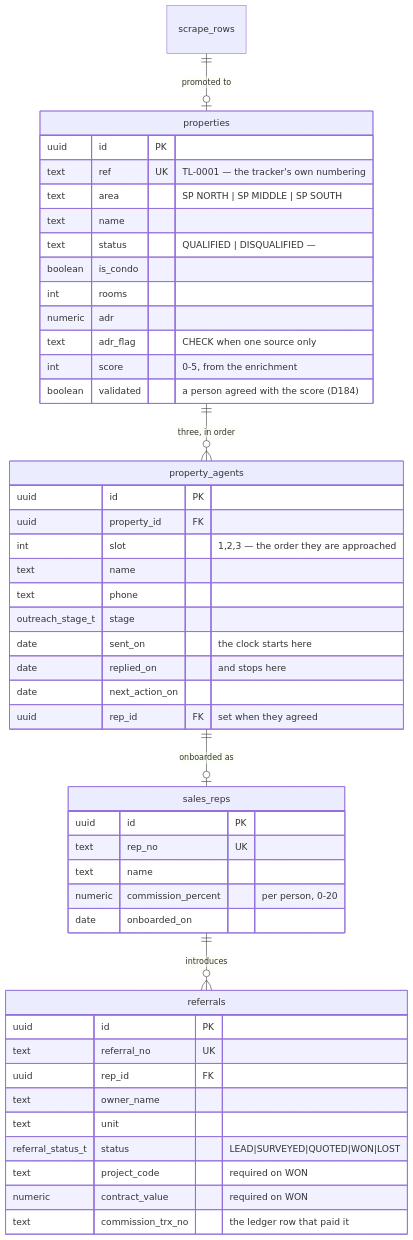
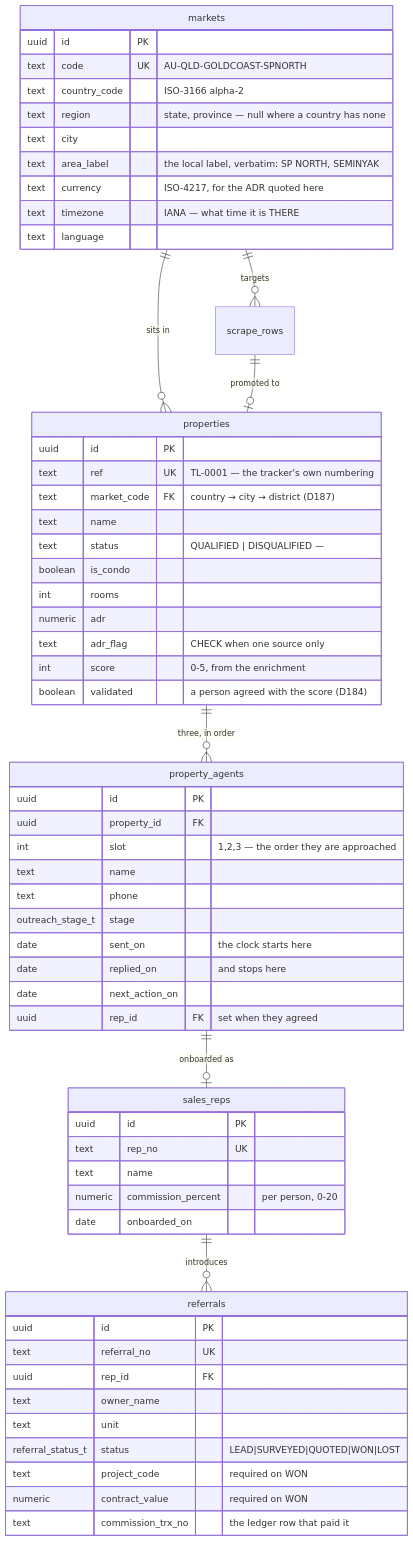
One commit to talait/ops-talaliving changed the tenth of 14 diagrams in docs/plan/02-database.md. Above: the diagram before and after it, drawn with Mermaid. The commit also changed other lines of this file and 13 other files, not shown here.

````diff
--- a/docs/plan/02-database.md
+++ b/docs/plan/02-database.md
@@ -1468,50 +1468,63 @@
 ```mermaid
 erDiagram
+    markets ||--o{ properties : "sits in"
+    markets ||--o{ scrape_rows : "targets"
     scrape_rows ||--o| properties : "promoted to"
     properties ||--o{ property_agents : "three, in order"
     property_agents ||--o| sales_reps : "onboarded as"
     sales_reps ||--o{ referrals : "introduces"
+    markets {
+        uuid id PK
+        text code UK "AU-QLD-GOLDCOAST-SPNORTH"
+        text country_code "ISO-3166 alpha-2"
+        text region "state, province — null where a country has none"
+        text city
+        text area_label "the local label, verbatim: SP NORTH, SEMINYAK"
+        text currency "ISO-4217, for the ADR quoted here"
+        text timezone "IANA — what time it is THERE"
+        text language
+    }
     properties {
         uuid id PK
         text ref UK "TL-0001 — the tracker's own numbering"
-        text area "SP NORTH | SP MIDDLE | SP SOUTH"
+        text market_code FK "country → city → district (D187)"
         text name
         text status "QUALIFIED | DISQUALIFIED — <reason>"
         boolean is_condo
         int rooms
         numeric adr
         text adr_flag "CHECK when one source only"
         int score "0-5, from the enrichment"
         boolean validated "a person agreed with the score (D184)"
     }
     property_agents {
         uuid id PK
         uuid property_id FK
         int slot "1,2,3 — the order they are approached"
         text name
         text phone
         outreach_stage_t stage
         date sent_on "the clock starts here"
         date replied_on "and stops here"
         date next_action_on
         uuid rep_id FK "set when they agreed"
     }
     sales_reps {
         uuid id PK
         text rep_no UK
         text name
         numeric commission_percent "per person, 0-20"
         date onboarded_on
     }
     referrals {
         uuid id PK
         text referral_no UK
         uuid rep_id FK
         text owner_name
         text unit
         referral_status_t status "LEAD|SURVEYED|QUOTED|WON|LOST"
         text project_code "required on WON"
         numeric contract_value "required on WON"
         text commission_trx_no "the ledger row that paid it"
     }
 ```
````
